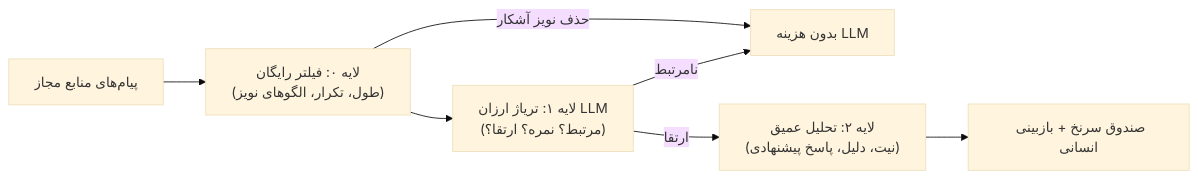
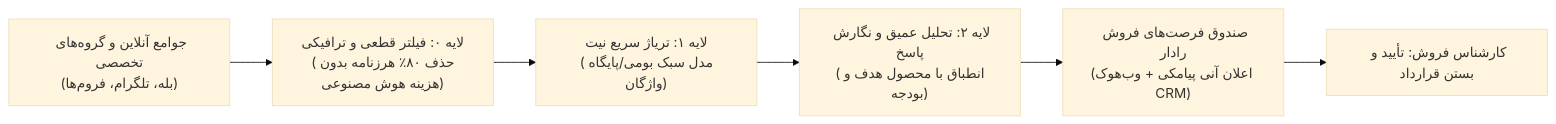
One commit to parsanaderidev/radar changed the first of 2 diagrams in docs/BusinessPlan.md. Above: the diagram before and after it, drawn with Mermaid (base theme). The commit also changed other lines of this file and 13 other files, not shown here.

````diff
--- a/docs/BusinessPlan.md
+++ b/docs/BusinessPlan.md
@@ -79,9 +24,8 @@
 ```mermaid
-flowchart LR
-    A["پیام‌های منابع مجاز"] --> B["لایه ۰: فیلتر رایگان<br/>(طول، تکرار، الگوهای نویز)"]
-    B -->|حذف نویز آشکار| X["بدون هزینه LLM"]
-    B --> C["لایه ۱: تریاژ ارزان LLM<br/>(مرتبط؟ نمره؟ ارتقا؟)"]
-    C -->|نامرتبط| X
-    C -->|ارتقا| D["لایه ۲: تحلیل عمیق<br/>(نیت، دلیل، پاسخ پیشنهادی)"]
-    D --> E["صندوق سرنخ + بازبینی انسانی"]
+graph LR
+    A["جوامع آنلاین و گروه‌های تخصصی<br/>(بله، تلگرام، فروم‌ها)"] --> B["لایه ۰: فیلتر قطعی و ترافیکی<br/>(حذف ۸۰٪ هرزنامه بدون هزینه هوش مصنوعی)"]
+    B --> C["لایه ۱: تریاژ سریع نیت<br/>(مدل سبک بومی/پایگاه واژگان)"]
+    C --> D["لایه ۲: تحلیل عمیق و نگارش پاسخ<br/>(انطباق با محصول هدف و بودجه)"]
+    D --> E["صندوق فرصت‌های فروش رادار<br/>(اعلان آنی پیامکی + وب‌هوک CRM)"]
+    E --> F["کارشناس فروش: تأیید و بستن قرارداد"]
 ```
````
